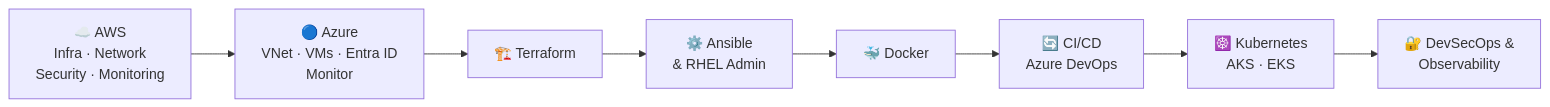
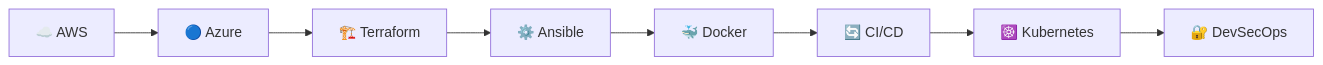
The second of 2 diagrams in README.md (engrmalakkashif/engrmalakkashif), drawn with Mermaid before and after one commit. The commit also changed other lines of this file, not shown here.

````diff
--- a/README.md
+++ b/README.md
@@ -453,10 +292,4 @@
 ```mermaid
 flowchart LR
-    A["☁️ AWS<br/>Infra · Network<br/>Security · Monitoring"] --> B["🔵 Azure<br/>VNet · VMs · Entra ID<br/>Monitor"]
-    B --> C["🏗️ Terraform"]
-    C --> D["⚙️ Ansible<br/>& RHEL Admin"]
-    D --> E["🐳 Docker"]
-    E --> F["🔄 CI/CD<br/>Azure DevOps"]
-    F --> G["☸️ Kubernetes<br/>AKS · EKS"]
-    G --> H["🔐 DevSecOps &<br/>Observability"]
+    A["☁️ AWS"] --> B["🔵 Azure"] --> C["🏗️ Terraform"] --> D["⚙️ Ansible"] --> E["🐳 Docker"] --> F["🔄 CI/CD"] --> G["☸️ Kubernetes"] --> H["🔐 DevSecOps"]
 ```
````
